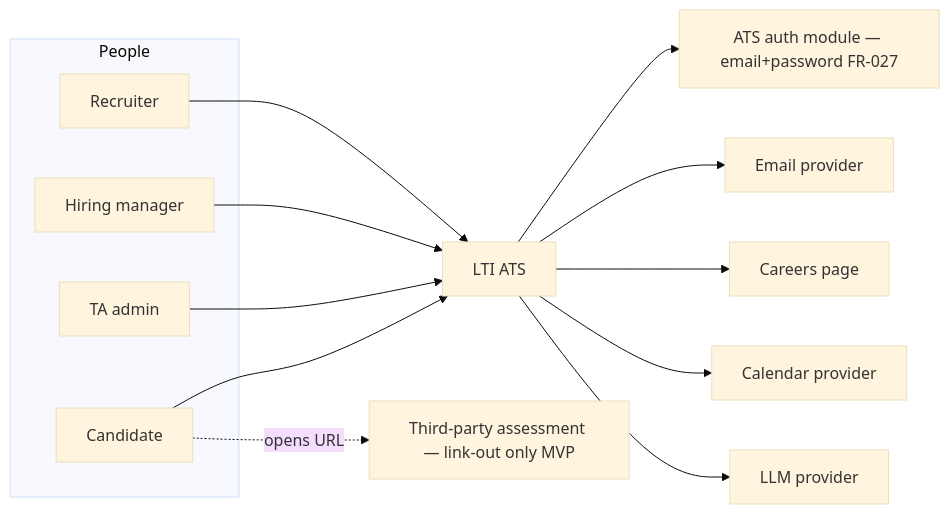
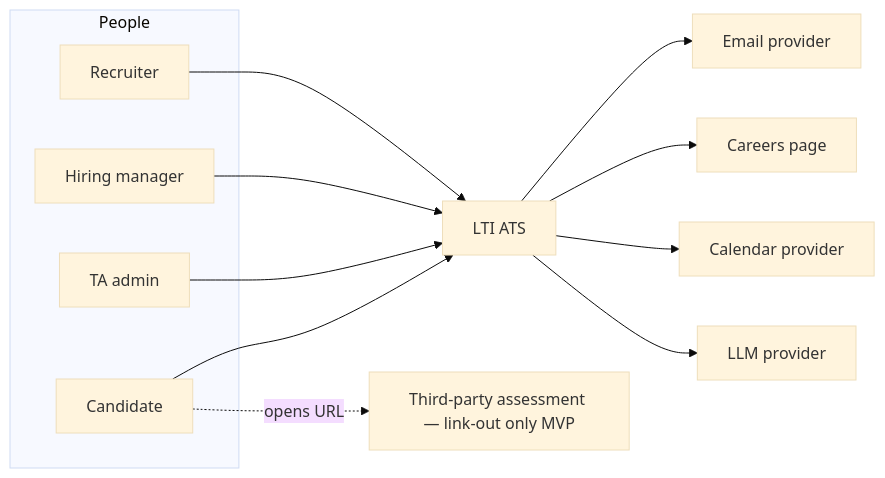
Before and after one commit to icsanabriar/AI4Devs-design-2-202602-Seniors: the sixth of 8 diagrams in LTI-ICS/LTI-ICS.md, drawn with Mermaid (base theme). The commit also changed other lines of this file and 1 other file, not shown here.

First line of the commit message:
fix(doc): Correct diagram inconsistencies and backlog metadata in LTI-ICS

````diff
--- a/LTI-ICS/LTI-ICS.md
+++ b/LTI-ICS/LTI-ICS.md
@@ -442,26 +441,24 @@
 ```mermaid
 flowchart LR
   subgraph People
     REC[Recruiter]
     HM[Hiring manager]
     ADM[TA admin]
     CAN[Candidate]
   end
   SYS[LTI ATS]
-  IDP[ATS auth module — email+password FR-027]
   EMAIL[Email provider]
   CAREERS[Careers page]
   CAL[Calendar provider]
   ASMT_EXT[Third-party assessment — link-out only MVP]
   LLM[LLM provider]
   REC --> SYS
   HM --> SYS
   ADM --> SYS
   CAN --> SYS
-  SYS --> IDP
   SYS --> EMAIL
   SYS --> CAREERS
   SYS --> CAL
   CAN -.->|opens URL| ASMT_EXT
   SYS --> LLM
 ```
````
